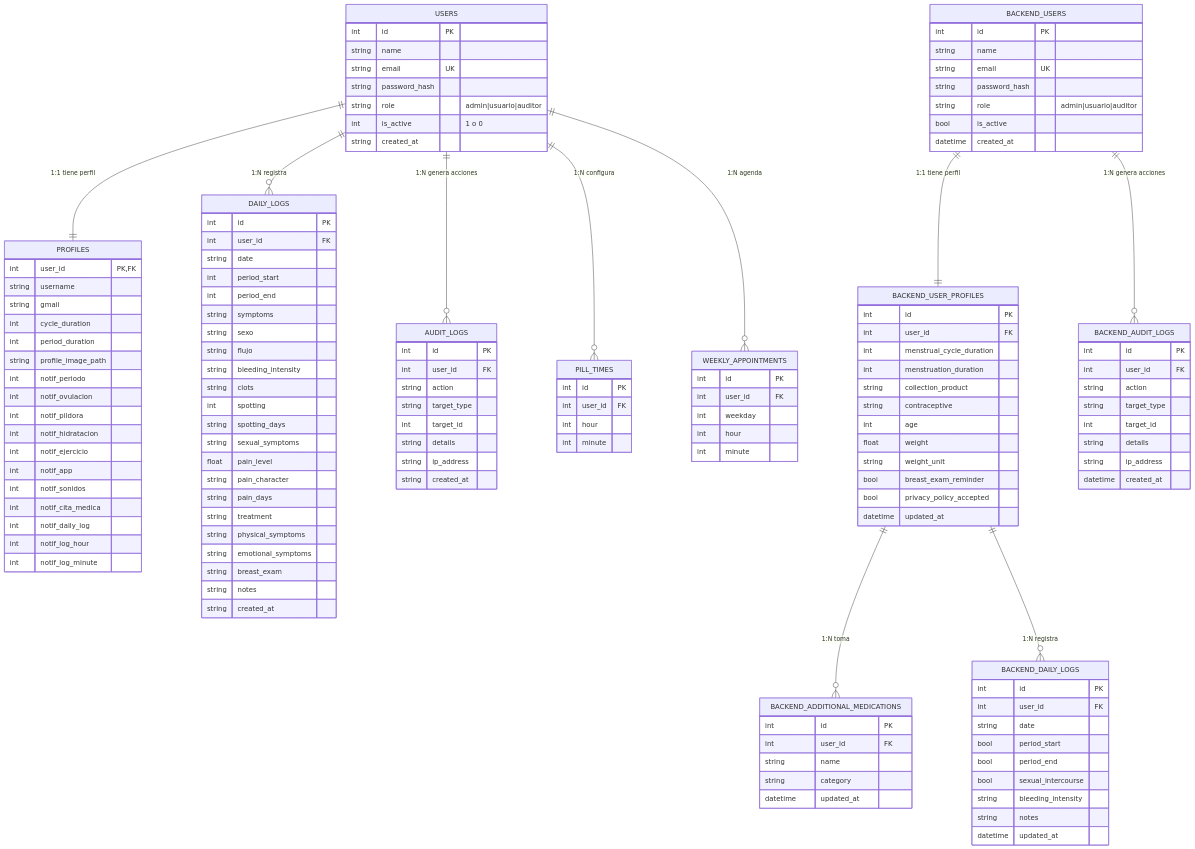
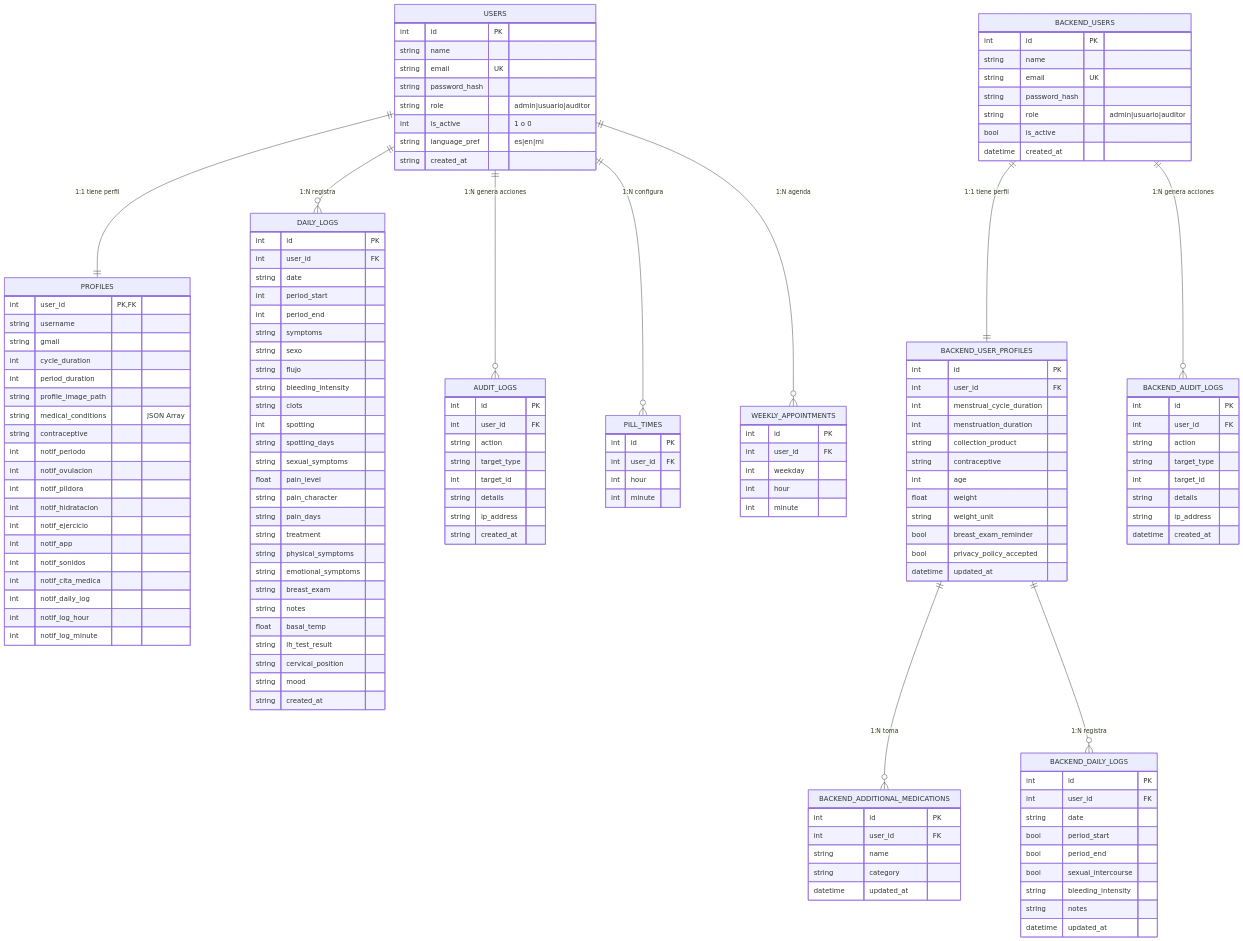
Before and after one commit to Jossmart28/Bellota-App: the diagram in docs/diagrama_relacional.mmd, drawn with Mermaid.

Commit message:
fix(documentation): actualizar diagrama relacional

```diff
--- a/docs/diagrama_relacional.mmd
+++ b/docs/diagrama_relacional.mmd
@@ -1,152 +1,159 @@
 erDiagram
     %% Capa Local (SQLite)
     USERS {
         int id PK
         string name
         string email UK
         string password_hash
         string role "admin|usuario|auditor"
         int is_active "1 o 0"
+        string language_pref "es|en|mi"
         string created_at
     }
 
     PROFILES {
         int user_id PK, FK
         string username
         string gmail
         int cycle_duration
         int period_duration
         string profile_image_path
+        string medical_conditions "JSON Array"
+        string contraceptive
         int notif_periodo
         int notif_ovulacion
         int notif_pildora
         int notif_hidratacion
         int notif_ejercicio
         int notif_app
         int notif_sonidos
         int notif_cita_medica
         int notif_daily_log
         int notif_log_hour
         int notif_log_minute
     }
 
     DAILY_LOGS {
         int id PK
         int user_id FK
         string date
         int period_start
         int period_end
         string symptoms
         string sexo
         string flujo
         string bleeding_intensity
         string clots
         int spotting
         string spotting_days
         string sexual_symptoms
         float pain_level
         string pain_character
         string pain_days
         string treatment
         string physical_symptoms
         string emotional_symptoms
         string breast_exam
         string notes
+        float basal_temp
+        string lh_test_result
+        string cervical_position
+        string mood
         string created_at
     }
     
     AUDIT_LOGS {
         int id PK
         int user_id FK
         string action
         string target_type
         int target_id
         string details
         string ip_address
         string created_at
     }
 
     PILL_TIMES {
         int id PK
         int user_id FK
         int hour
         int minute
     }
 
     WEEKLY_APPOINTMENTS {
         int id PK
         int user_id FK
         int weekday
         int hour
         int minute
     }
 
     %% Capa Backend (FastAPI)
     BACKEND_USERS {
         int id PK
         string name
         string email UK
         string password_hash
         string role "admin|usuario|auditor"
         bool is_active
         datetime created_at
     }
 
     BACKEND_USER_PROFILES {
         int id PK
         int user_id FK
         int menstrual_cycle_duration
         int menstruation_duration
         string collection_product
         string contraceptive
         int age
         float weight
         string weight_unit
         bool breast_exam_reminder
         bool privacy_policy_accepted
         datetime updated_at
     }
 
     BACKEND_ADDITIONAL_MEDICATIONS {
         int id PK
         int user_id FK
         string name
         string category
         datetime updated_at
     }
 
     BACKEND_DAILY_LOGS {
         int id PK
         int user_id FK
         string date
         bool period_start
         bool period_end
         bool sexual_intercourse
         string bleeding_intensity
         string notes
         datetime updated_at
     }
     
     BACKEND_AUDIT_LOGS {
         int id PK
         int user_id FK
         string action
         string target_type
         int target_id
         string details
         string ip_address
         datetime created_at
     }
 
     %% Relaciones Locales
     USERS ||--|| PROFILES : "1:1 tiene perfil"
     USERS ||--o{ DAILY_LOGS : "1:N registra"
     USERS ||--o{ AUDIT_LOGS : "1:N genera acciones"
     USERS ||--o{ PILL_TIMES : "1:N configura"
     USERS ||--o{ WEEKLY_APPOINTMENTS : "1:N agenda"
 
     %% Relaciones Backend
     BACKEND_USERS ||--|| BACKEND_USER_PROFILES : "1:1 tiene perfil"
     BACKEND_USERS ||--o{ BACKEND_AUDIT_LOGS : "1:N genera acciones"
     BACKEND_USER_PROFILES ||--o{ BACKEND_ADDITIONAL_MEDICATIONS : "1:N toma"
     BACKEND_USER_PROFILES ||--o{ BACKEND_DAILY_LOGS : "1:N registra"
```
